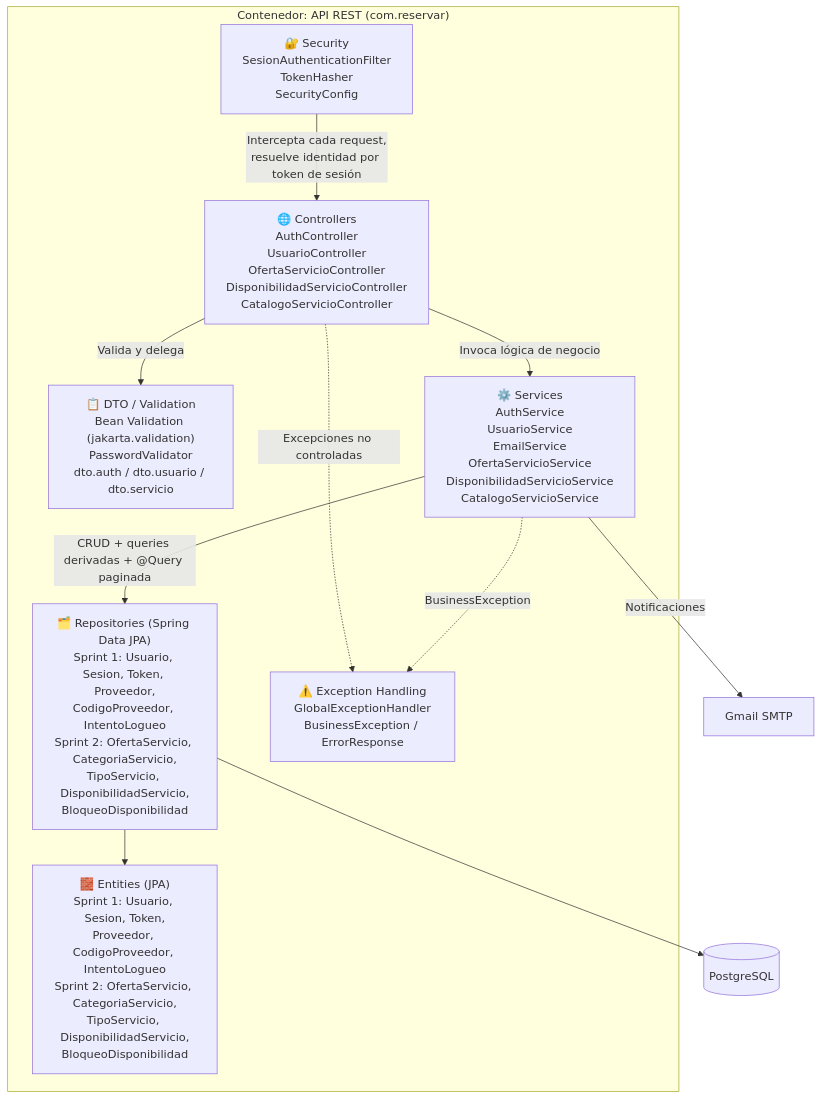
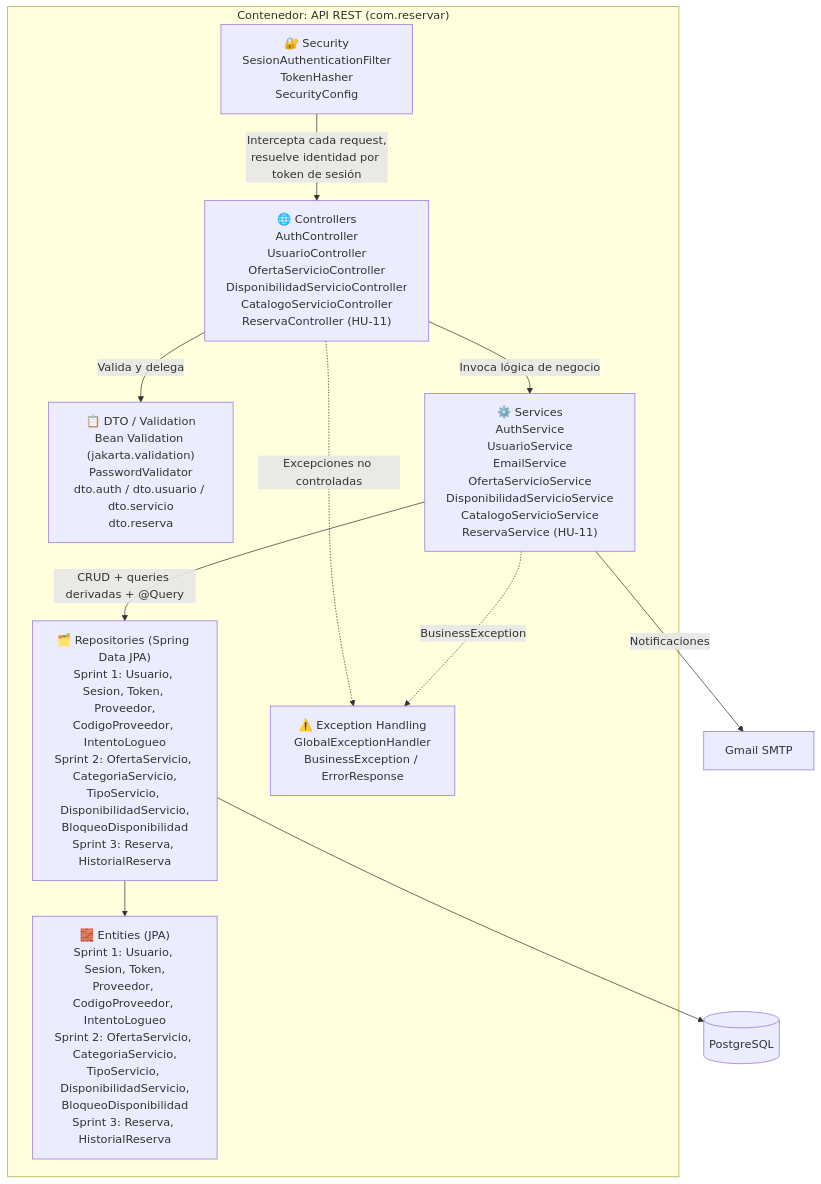
The third of 6 diagrams in README.md (FabricaEscuela20262-EAV09/FabricaEscuela202602_EAV09), drawn with Mermaid before and after one commit. The commit also changed other lines of this file, not shown here.

````diff
--- a/README.md
+++ b/README.md
@@ -99,25 +104,25 @@
 ```mermaid
 graph TD
     subgraph API["Contenedor: API REST (com.reservar)"]
         Sec["🔐 Security<br/>SesionAuthenticationFilter<br/>TokenHasher<br/>SecurityConfig"]
-        Ctrl["🌐 Controllers<br/>AuthController<br/>UsuarioController<br/>OfertaServicioController<br/>DisponibilidadServicioController<br/>CatalogoServicioController"]
-        DTO["📋 DTO / Validation<br/>Bean Validation (jakarta.validation)<br/>PasswordValidator<br/>dto.auth / dto.usuario / dto.servicio"]
-        Svc["⚙️ Services<br/>AuthService<br/>UsuarioService<br/>EmailService<br/>OfertaServicioService<br/>DisponibilidadServicioService<br/>CatalogoServicioService"]
-        Repo["🗂️ Repositories (Spring Data JPA)<br/>Sprint 1: Usuario, Sesion, Token, Proveedor,<br/>CodigoProveedor, IntentoLogueo<br/>Sprint 2: OfertaServicio, CategoriaServicio,<br/>TipoServicio, DisponibilidadServicio,<br/>BloqueoDisponibilidad"]
-        Ent["🧱 Entities (JPA)<br/>Sprint 1: Usuario, Sesion, Token,<br/>Proveedor, CodigoProveedor, IntentoLogueo<br/>Sprint 2: OfertaServicio, CategoriaServicio,<br/>TipoServicio, DisponibilidadServicio,<br/>BloqueoDisponibilidad"]
+        Ctrl["🌐 Controllers<br/>AuthController<br/>UsuarioController<br/>OfertaServicioController<br/>DisponibilidadServicioController<br/>CatalogoServicioController<br/>ReservaController (HU-11)"]
+        DTO["📋 DTO / Validation<br/>Bean Validation (jakarta.validation)<br/>PasswordValidator<br/>dto.auth / dto.usuario / dto.servicio<br/>dto.reserva"]
+        Svc["⚙️ Services<br/>AuthService<br/>UsuarioService<br/>EmailService<br/>OfertaServicioService<br/>DisponibilidadServicioService<br/>CatalogoServicioService<br/>ReservaService (HU-11)"]
+        Repo["🗂️ Repositories (Spring Data JPA)<br/>Sprint 1: Usuario, Sesion, Token, Proveedor,<br/>CodigoProveedor, IntentoLogueo<br/>Sprint 2: OfertaServicio, CategoriaServicio,<br/>TipoServicio, DisponibilidadServicio,<br/>BloqueoDisponibilidad<br/>Sprint 3: Reserva, HistorialReserva"]
+        Ent["🧱 Entities (JPA)<br/>Sprint 1: Usuario, Sesion, Token,<br/>Proveedor, CodigoProveedor, IntentoLogueo<br/>Sprint 2: OfertaServicio, CategoriaServicio,<br/>TipoServicio, DisponibilidadServicio,<br/>BloqueoDisponibilidad<br/>Sprint 3: Reserva, HistorialReserva"]
         Exc["⚠️ Exception Handling<br/>GlobalExceptionHandler<br/>BusinessException / ErrorResponse"]
     end
- 
+
     BD[("PostgreSQL")]
     Correo["Gmail SMTP"]
- 
+
     Sec -->|"Intercepta cada request,<br/>resuelve identidad por token de sesión"| Ctrl
     Ctrl -->|"Valida y delega"| DTO
     Ctrl -->|"Invoca lógica de negocio"| Svc
-    Svc -->|"CRUD + queries derivadas + @Query paginada"| Repo
+    Svc -->|"CRUD + queries derivadas + @Query"| Repo
     Repo --> Ent
     Repo --> BD
     Svc -->|"Notificaciones"| Correo
     Ctrl -.->|"Excepciones no controladas"| Exc
     Svc -.->|"BusinessException"| Exc
 ```
````
